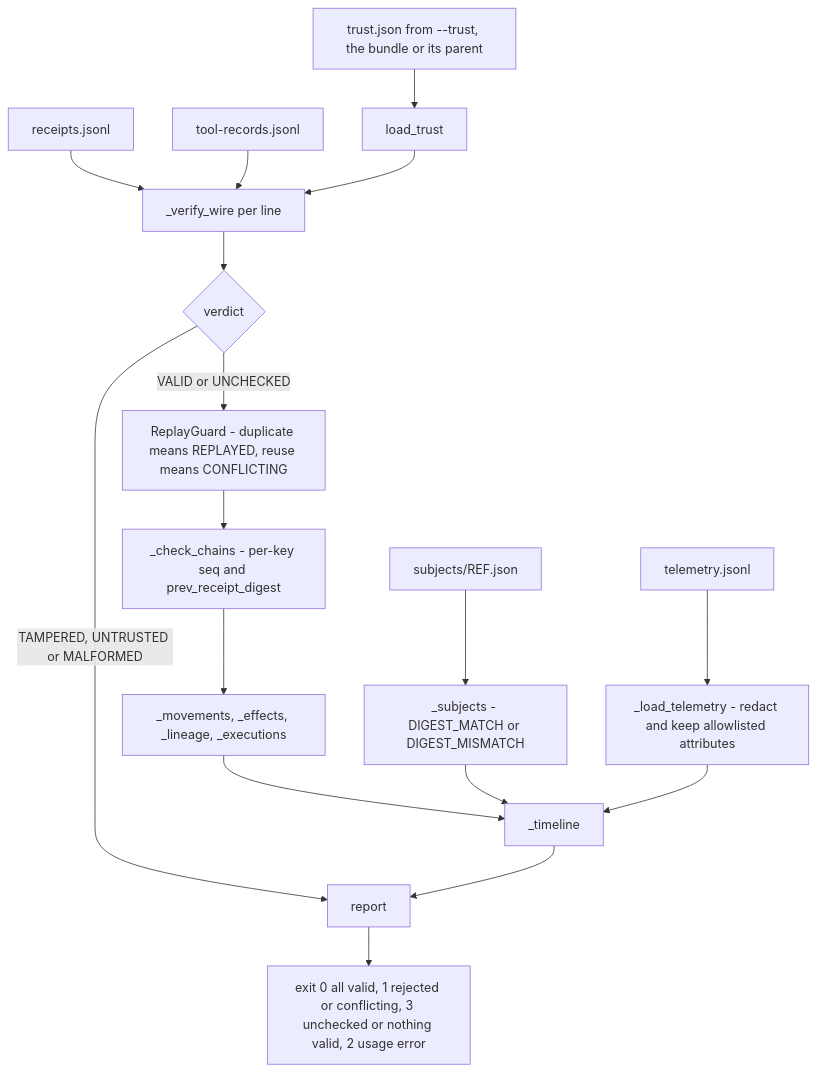
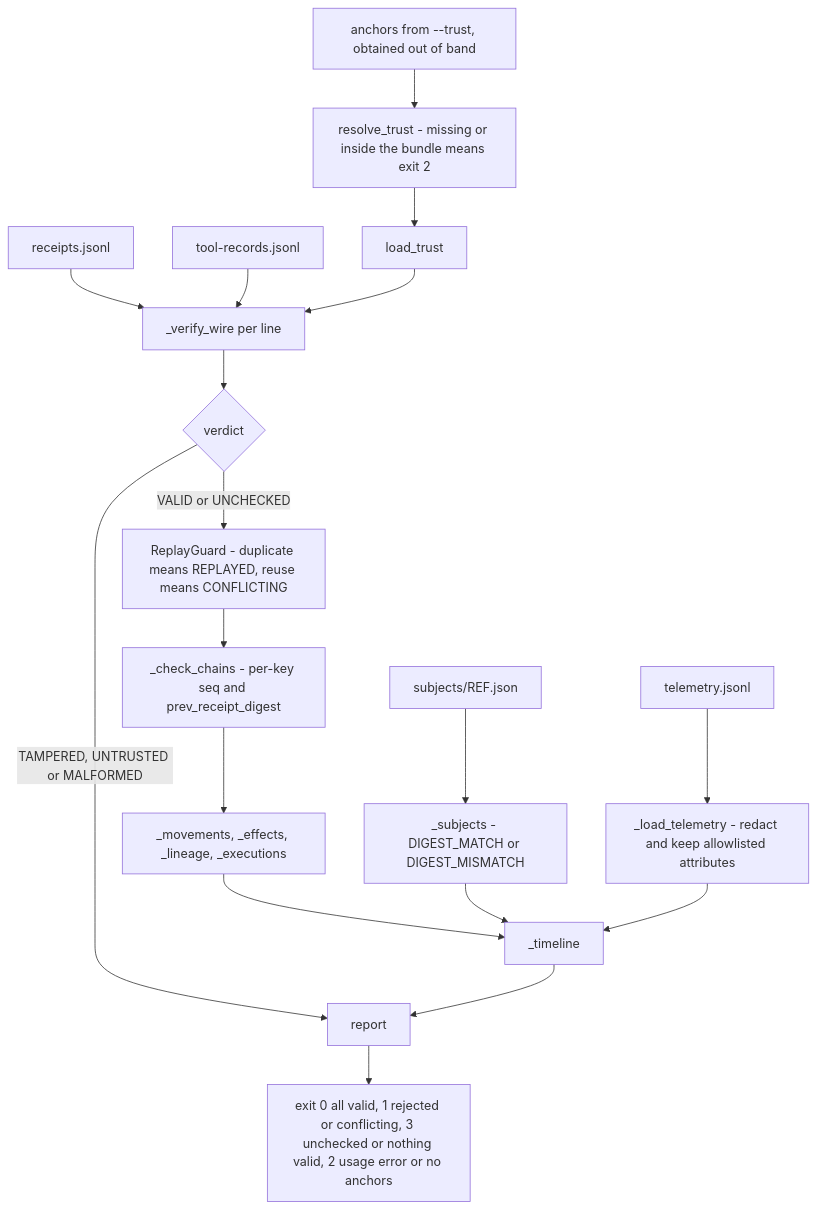
The seventh of 8 diagrams in docs/architecture.md (MSKazemi/agent-movement), drawn with Mermaid before and after one commit. The commit also changed other lines of this file and 1 other file, not shown here.

First line of the commit message:
docs: refresh architecture and package guide against 4809bdf

````diff
--- a/docs/architecture.md
+++ b/docs/architecture.md
@@ -238,19 +297,20 @@
 ```mermaid
 flowchart TD
-    T["trust.json from --trust, the bundle or its parent"] --> LT[load_trust]
+    T["anchors from --trust, obtained out of band"] --> RT["resolve_trust - missing or inside the bundle means exit 2"]
+    RT --> LT[load_trust]
     R1[receipts.jsonl] --> VW["_verify_wire per line"]
     R2[tool-records.jsonl] --> VW
     LT --> VW
     VW --> V{"verdict"}
     V -->|"VALID or UNCHECKED"| RG["ReplayGuard - duplicate means REPLAYED, reuse means CONFLICTING"]
     V -->|"TAMPERED, UNTRUSTED or MALFORMED"| REP[report]
     RG --> CH["_check_chains - per-key seq and prev_receipt_digest"]
     CH --> MV["_movements, _effects, _lineage, _executions"]
     SUB["subjects/REF.json"] --> SJ["_subjects - DIGEST_MATCH or DIGEST_MISMATCH"]
     TEL[telemetry.jsonl] --> LTEL["_load_telemetry - redact and keep allowlisted attributes"]
     MV --> TL[_timeline]
     SJ --> TL
     LTEL --> TL
     TL --> REP
-    REP --> EX["exit 0 all valid, 1 rejected or conflicting, 3 unchecked or nothing valid, 2 usage error"]
+    REP --> EX["exit 0 all valid, 1 rejected or conflicting, 3 unchecked or nothing valid, 2 usage error or no anchors"]
 ```
````
